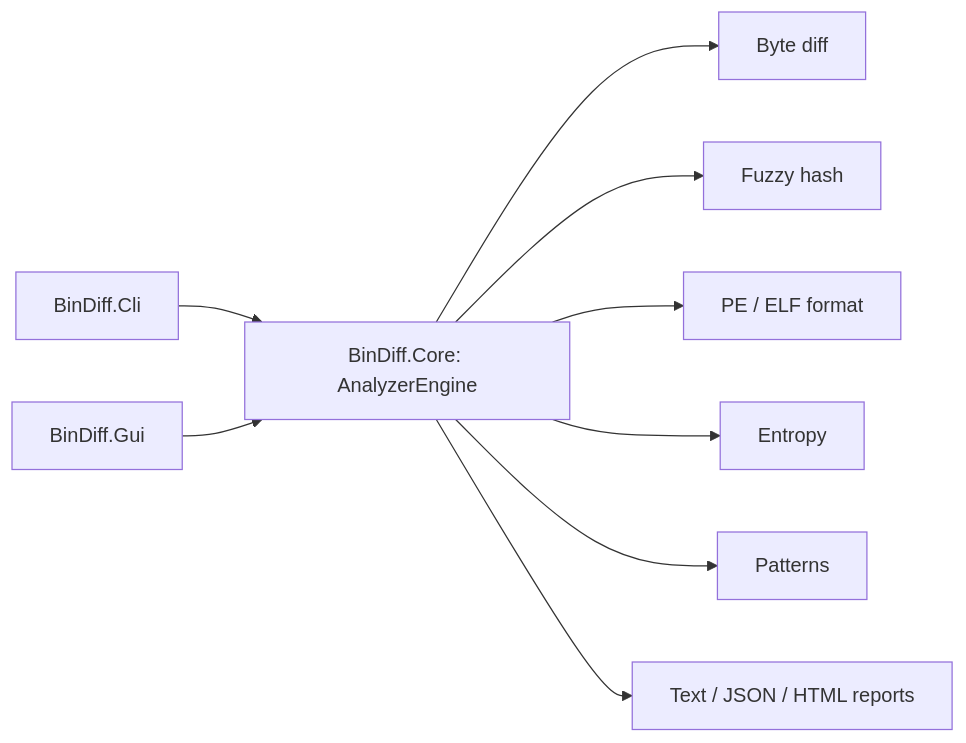
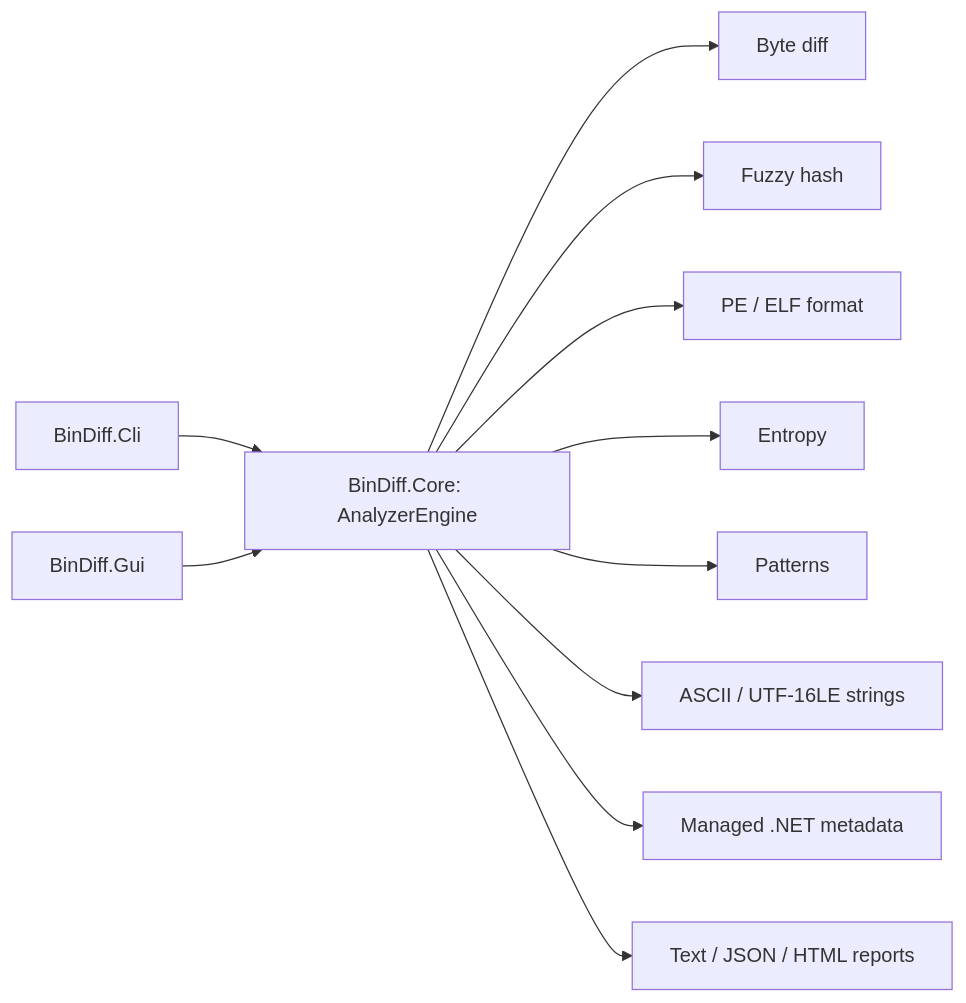
Before and after one commit to RuhrDigitalStudio/BinDiff: the diagram in README.md, drawn with Mermaid. The commit also changed other lines of this file and 9 other files, not shown here.

````diff
--- a/README.md
+++ b/README.md
@@ -30,11 +30,13 @@
 ```mermaid
 flowchart LR
   CLI["BinDiff.Cli"] --> Core["BinDiff.Core: AnalyzerEngine"]
   GUI["BinDiff.Gui"] --> Core
   Core --> Byte["Byte diff"]
   Core --> Fuzzy["Fuzzy hash"]
   Core --> Format["PE / ELF format"]
   Core --> Entropy["Entropy"]
   Core --> Patterns["Patterns"]
+  Core --> Strings["ASCII / UTF-16LE strings"]
+  Core --> DotNet["Managed .NET metadata"]
   Core --> Reports["Text / JSON / HTML reports"]
 ```
````
